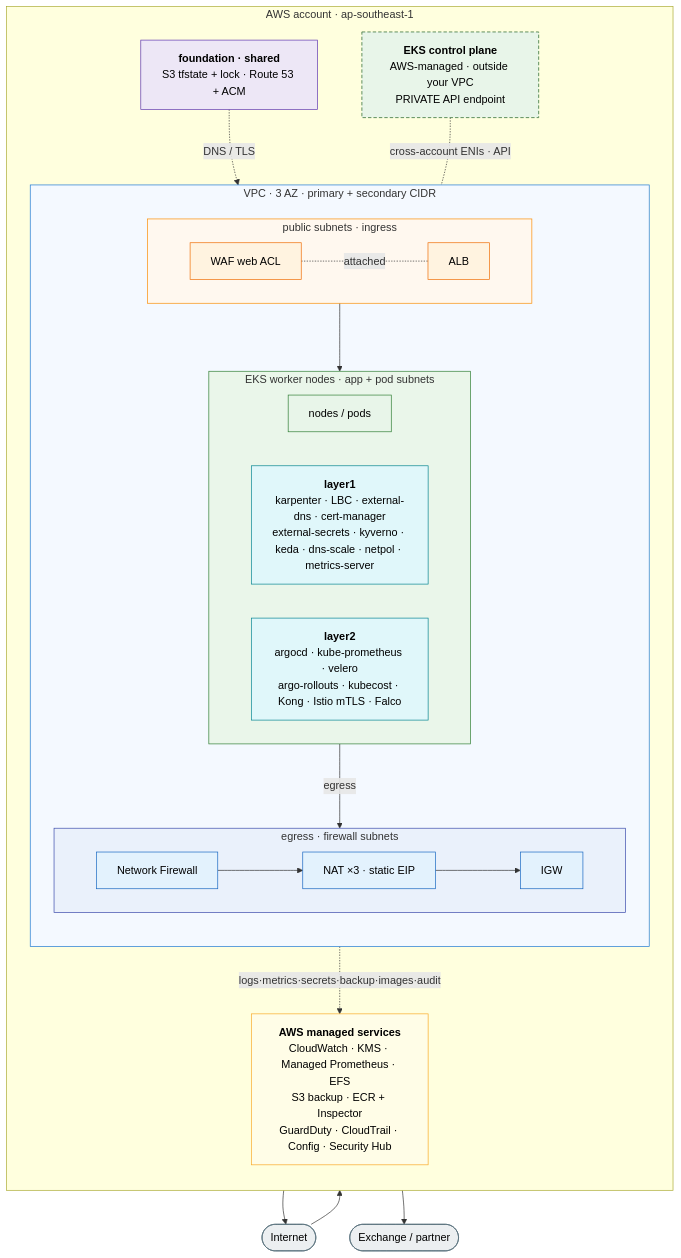
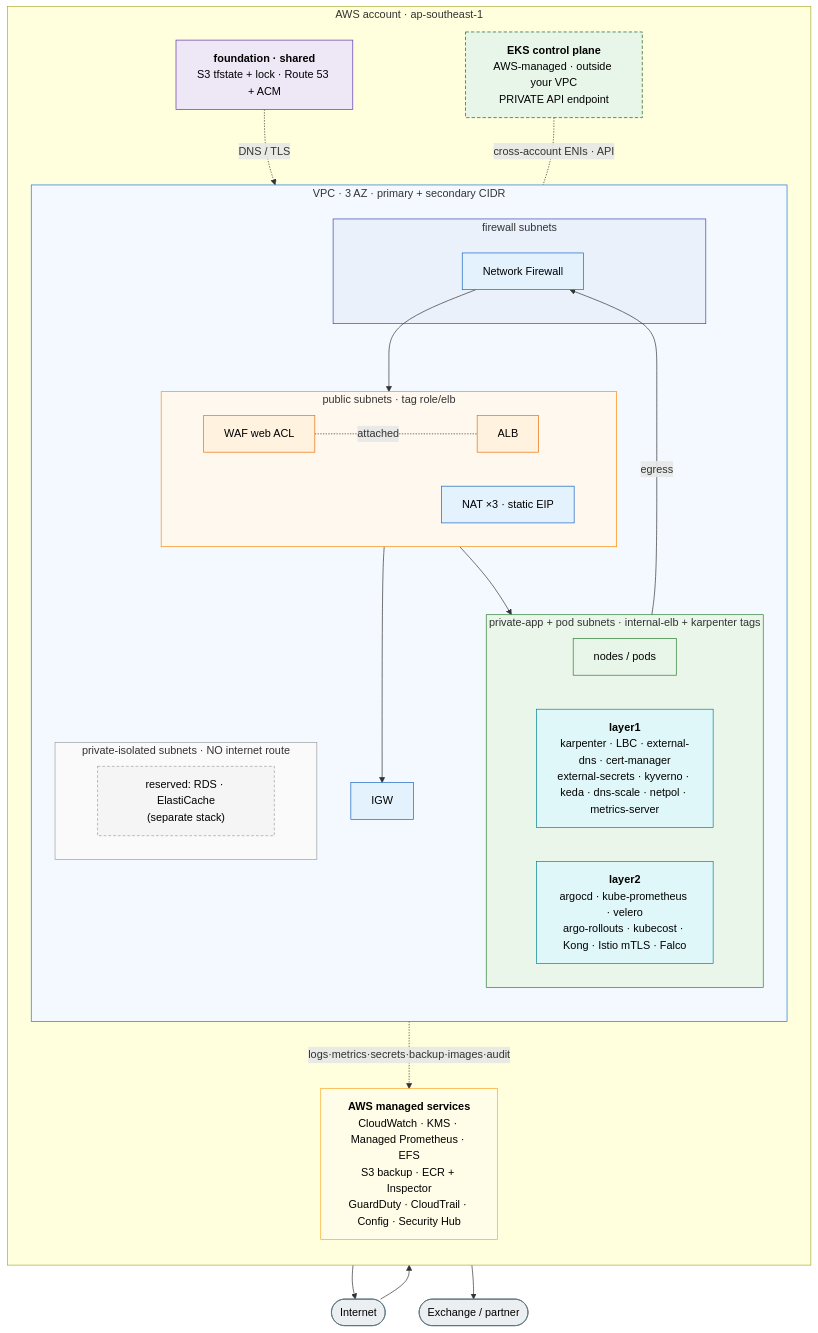
The third of 3 diagrams in eks/docs/ARCHITECTURE.md (trongnvv/aws-iac), drawn with Mermaid before and after one commit. The commit also changed other lines of this file, not shown here.

````diff
--- a/eks/docs/ARCHITECTURE.md
+++ b/eks/docs/ARCHITECTURE.md
@@ -135,50 +142,55 @@
 ```mermaid
 flowchart TB
   internet([Internet]):::ext
   partner([Exchange / partner]):::ext
   subgraph acct["AWS account · ap-southeast-1"]
     direction TB
     found["<b>foundation · shared</b><br/>S3 tfstate + lock · Route 53 + ACM"]:::fnd
     cpane["<b>EKS control plane</b><br/>AWS-managed · outside your VPC<br/>PRIVATE API endpoint"]:::mgmt
     subgraph vpc["VPC · 3 AZ · primary + secondary CIDR"]
       direction TB
-      subgraph ingress["public subnets · ingress"]
+      igw["IGW"]:::net
+      subgraph pub["public subnets · tag role/elb"]
         direction LR
         alb["ALB"]:::edge
         waf["WAF web ACL"]:::edge
+        nat["NAT ×3 · static EIP"]:::net
       end
-      subgraph eks["EKS worker nodes · app + pod subnets"]
+      subgraph fw["firewall subnets"]
+        nfw["Network Firewall"]:::net
+      end
+      subgraph app["private-app + pod subnets · internal-elb + karpenter tags"]
         direction LR
         nodes["nodes / pods"]:::eks
         l1["<b>layer1</b><br/>karpenter · LBC · external-dns · cert-manager<br/>external-secrets · kyverno · keda · dns-scale · netpol · metrics-server"]:::add
         l2["<b>layer2</b><br/>argocd · kube-prometheus · velero<br/>argo-rollouts · kubecost · Kong · Istio mTLS · Falco"]:::add
       end
-      subgraph egr["egress · firewall subnets"]
-        direction LR
-        nfw["Network Firewall"]:::net --> nat["NAT ×3 · static EIP"]:::net --> igw["IGW"]:::net
+      subgraph iso["private-isolated subnets · NO internet route"]
+        isod["reserved: RDS · ElastiCache<br/>(separate stack)"]:::iso
       end
     end
     svc["<b>AWS managed services</b><br/>CloudWatch · KMS · Managed Prometheus · EFS<br/>S3 backup · ECR + Inspector<br/>GuardDuty · CloudTrail · Config · Security Hub"]:::svc
   end
   internet --> alb --> nodes
   waf -. attached .- alb
   found -. DNS / TLS .-> alb
   cpane -. cross-account ENIs · API .- nodes
-  nodes -->|egress| nfw
-  igw --> internet
+  nodes -->|egress| nfw --> nat --> igw --> internet
   nat --> partner
   nodes -. logs·metrics·secrets·backup·images·audit .-> svc
 
   classDef ext fill:#eceff1,stroke:#546e7a,color:#000
   classDef fnd fill:#ede7f6,stroke:#5e35b1,color:#000
   classDef mgmt fill:#e8f5e9,stroke:#1b5e20,stroke-dasharray:5 3,color:#000
   classDef net fill:#e3f2fd,stroke:#1565c0,color:#000
   classDef edge fill:#fff3e0,stroke:#ef6c00,color:#000
   classDef eks fill:#e8f5e9,stroke:#2e7d32,color:#000
   classDef add fill:#e0f7fa,stroke:#00838f,color:#000
   classDef svc fill:#fffde7,stroke:#f9a825,color:#000
+  classDef iso fill:#f5f5f5,stroke:#9e9e9e,stroke-dasharray:4 3,color:#000
   style vpc fill:#f4f9ff,stroke:#1976d2
-  style ingress fill:#fff8ef,stroke:#fb8c00
-  style egr fill:#eaf1fb,stroke:#3949ab
-  style eks fill:#eaf6ea,stroke:#2e7d32
+  style pub fill:#fff8ef,stroke:#fb8c00
+  style fw fill:#eaf1fb,stroke:#3949ab
+  style app fill:#eaf6ea,stroke:#2e7d32
+  style iso fill:#fafafa,stroke:#9e9e9e
 ```
````
